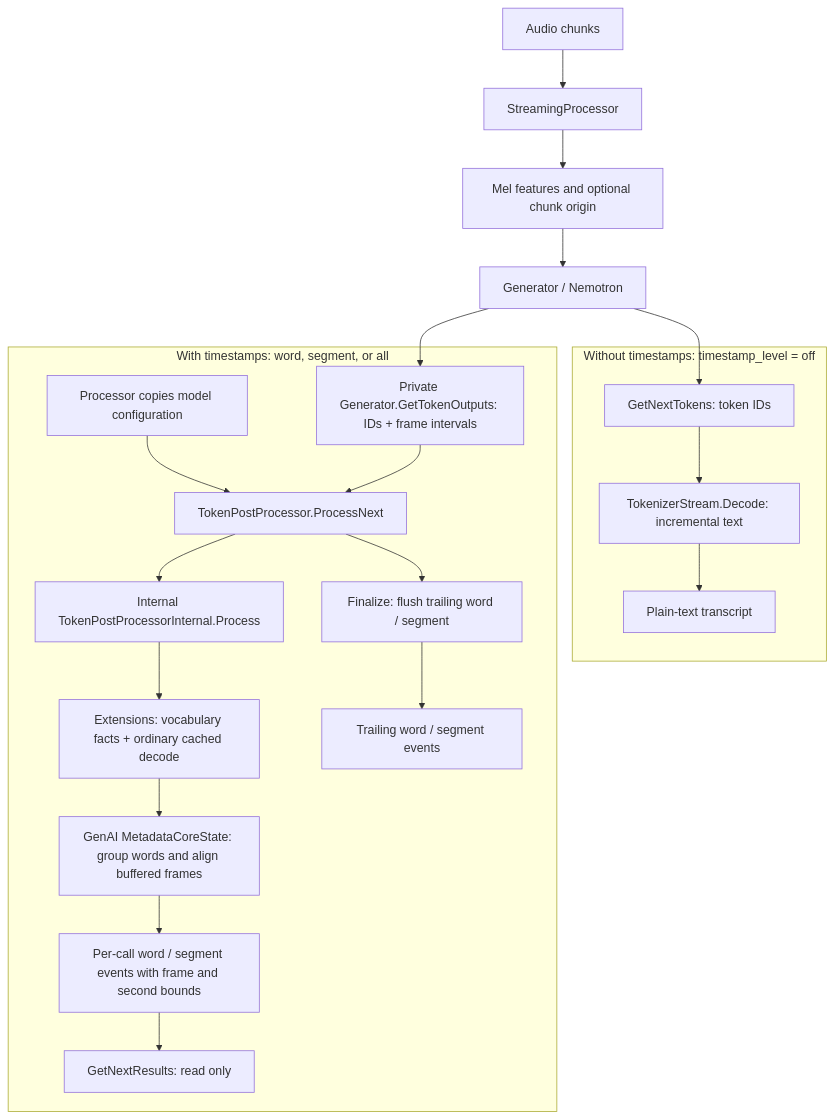
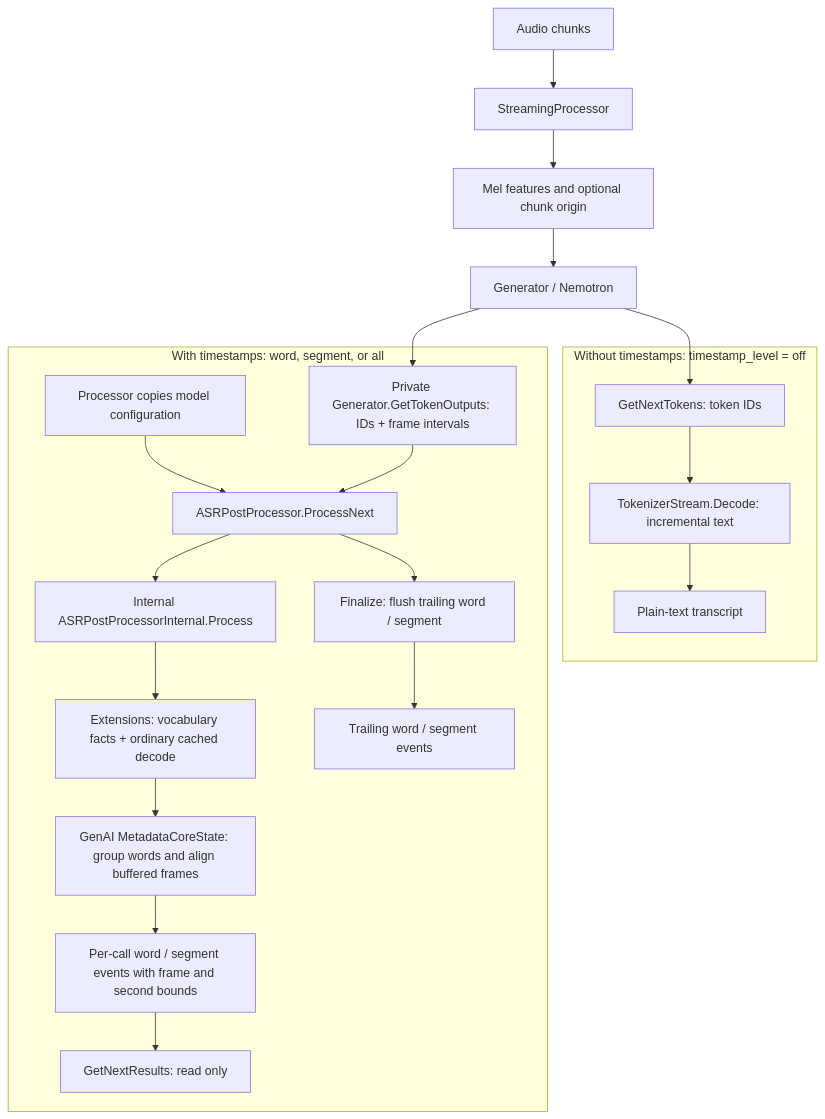
The diagram in docs/nemotron_speech_timestamps.md (microsoft/onnxruntime-genai), drawn with Mermaid before and after one commit. The commit also changed other lines of this file and 24 other files, not shown here.

````diff
--- a/docs/nemotron_speech_timestamps.md
+++ b/docs/nemotron_speech_timestamps.md
@@ -52,26 +52,26 @@
 ```mermaid
 flowchart TB
   audio[Audio chunks] --> processor[StreamingProcessor]
   processor --> features[Mel features and optional chunk origin]
   features --> generator[Generator / Nemotron]
 
   subgraph plain[Without timestamps: timestamp_level = off]
     ids[GetNextTokens: token IDs] --> decode[TokenizerStream.Decode: incremental text]
     decode --> transcript[Plain-text transcript]
   end
 
   subgraph timed[With timestamps: word, segment, or all]
     setup[Processor copies model configuration] --> stream
-    timed_tokens[Private Generator.GetTokenOutputs: IDs + frame intervals] --> stream[TokenPostProcessor.ProcessNext]
-    stream --> internal[Internal TokenPostProcessorInternal.Process]
+    timed_tokens[Private Generator.GetTokenOutputs: IDs + frame intervals] --> stream[ASRPostProcessor.ProcessNext]
+    stream --> internal[Internal ASRPostProcessorInternal.Process]
     internal --> ortx[Extensions: vocabulary facts + ordinary cached decode]
     ortx --> align[GenAI MetadataCoreState: group words and align buffered frames]
     align --> events[Per-call word / segment events with frame and second bounds]
     events --> read[GetNextResults: read only]
     stream --> final[Finalize: flush trailing word / segment]
     final --> trailing[Trailing word / segment events]
   end
 
   generator --> ids
   generator --> timed_tokens
 ```
````
